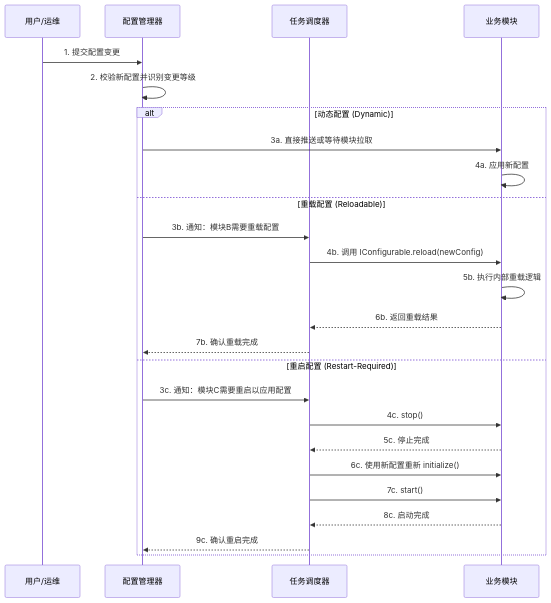
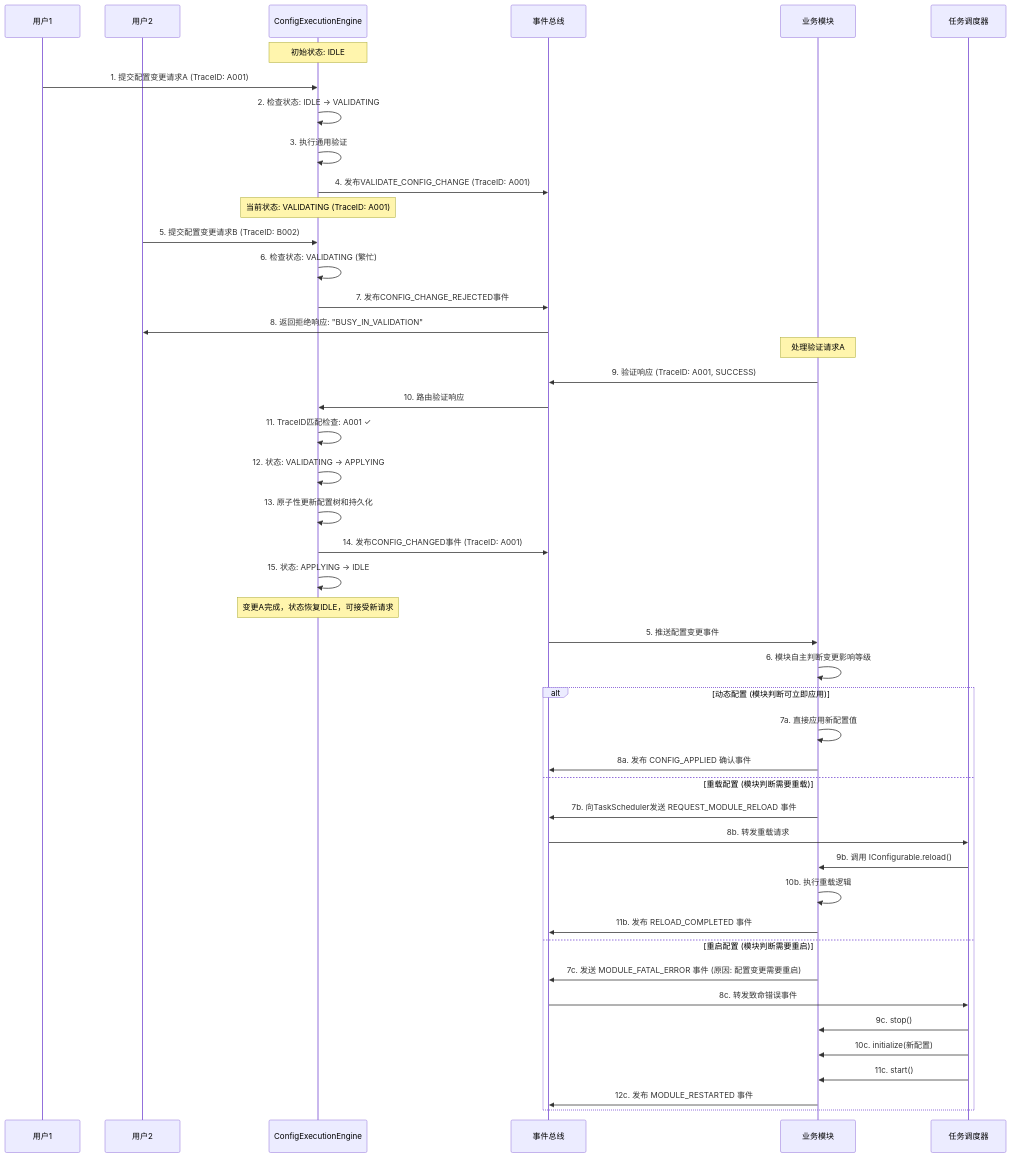
One commit to wendizhou99-cell/Radar changed the tenth of 14 diagrams in docs/01_项目设计/02_模块设计/06_配置管理模块设计.md. Above: the diagram before and after it, drawn with Mermaid. The commit also changed other lines of this file and 22 other files, not shown here.

````diff
--- a/docs/01_项目设计/02_模块设计/06_配置管理模块设计.md
+++ b/docs/01_项目设计/02_模块设计/06_配置管理模块设计.md
@@ -693,31 +1030,57 @@
 ```mermaid
 sequenceDiagram
-    participant User as 用户/运维
-    participant ConfigManager as 配置管理器
+    participant User1 as 用户1
+    participant User2 as 用户2
+    participant ConfigEngine as ConfigExecutionEngine
+    participant EventBus as 事件总线
+    participant BusinessModule as 业务模块
     participant TaskScheduler as 任务调度器
-    participant BusinessModule as 业务模块
 
-    User->>ConfigManager: 1. 提交配置变更
-    ConfigManager->>ConfigManager: 2. 校验新配置并识别变更等级
+    Note over ConfigEngine: 初始状态: IDLE
 
-    alt 动态配置 (Dynamic)
-        ConfigManager->>BusinessModule: 3a. 直接推送或等待模块拉取
-        BusinessModule->>BusinessModule: 4a. 应用新配置
+    User1->>ConfigEngine: 1. 提交配置变更请求A (TraceID: A001)
+    ConfigEngine->>ConfigEngine: 2. 检查状态: IDLE -> VALIDATING
+    ConfigEngine->>ConfigEngine: 3. 执行通用验证
+    ConfigEngine->>EventBus: 4. 发布VALIDATE_CONFIG_CHANGE (TraceID: A001)
 
-    else 重载配置 (Reloadable)
-        ConfigManager->>TaskScheduler: 3b. 通知：模块B需要重载配置
-        TaskScheduler->>BusinessModule: 4b. 调用 IConfigurable.reload(newConfig)
-        BusinessModule->>BusinessModule: 5b. 执行内部重载逻辑
-        BusinessModule-->>TaskScheduler: 6b. 返回重载结果
-        TaskScheduler-->>ConfigManager: 7b. 确认重载完成
+    Note over ConfigEngine: 当前状态: VALIDATING (TraceID: A001)
 
-    else 重启配置 (Restart-Required)
-        ConfigManager->>TaskScheduler: 3c. 通知：模块C需要重启以应用配置
-        TaskScheduler->>BusinessModule: 4c. stop()
-        BusinessModule-->>TaskScheduler: 5c. 停止完成
-        TaskScheduler->>BusinessModule: 6c. 使用新配置重新 initialize()
-        TaskScheduler->>BusinessModule: 7c. start()
-        BusinessModule-->>TaskScheduler: 8c. 启动完成
-        TaskScheduler-->>ConfigManager: 9c. 确认重启完成
+    User2->>ConfigEngine: 5. 提交配置变更请求B (TraceID: B002)
+    ConfigEngine->>ConfigEngine: 6. 检查状态: VALIDATING (繁忙)
+    ConfigEngine->>EventBus: 7. 发布CONFIG_CHANGE_REJECTED事件
+    EventBus->>User2: 8. 返回拒绝响应: "BUSY_IN_VALIDATION"
+
+    Note over BusinessModule: 处理验证请求A
+    BusinessModule->>EventBus: 9. 验证响应 (TraceID: A001, SUCCESS)
+    EventBus->>ConfigEngine: 10. 路由验证响应
+    ConfigEngine->>ConfigEngine: 11. TraceID匹配检查: A001 ✓
+    ConfigEngine->>ConfigEngine: 12. 状态: VALIDATING -> APPLYING
+    ConfigEngine->>ConfigEngine: 13. 原子性更新配置树和持久化
+    ConfigEngine->>EventBus: 14. 发布CONFIG_CHANGED事件 (TraceID: A001)
+    ConfigEngine->>ConfigEngine: 15. 状态: APPLYING -> IDLE
+
+    Note over ConfigEngine: 变更A完成，状态恢复IDLE，可接受新请求
+
+    EventBus->>BusinessModule: 5. 推送配置变更事件
+    BusinessModule->>BusinessModule: 6. 模块自主判断变更影响等级
+
+    alt 动态配置 (模块判断可立即应用)
+        BusinessModule->>BusinessModule: 7a. 直接应用新配置值
+        BusinessModule->>EventBus: 8a. 发布 CONFIG_APPLIED 确认事件
+
+    else 重载配置 (模块判断需要重载)
+        BusinessModule->>EventBus: 7b. 向TaskScheduler发送 REQUEST_MODULE_RELOAD 事件
+        EventBus->>TaskScheduler: 8b. 转发重载请求
+        TaskScheduler->>BusinessModule: 9b. 调用 IConfigurable.reload()
+        BusinessModule->>BusinessModule: 10b. 执行重载逻辑
+        BusinessModule->>EventBus: 11b. 发布 RELOAD_COMPLETED 事件
+
+    else 重启配置 (模块判断需要重启)
+        BusinessModule->>EventBus: 7c. 发送 MODULE_FATAL_ERROR 事件 (原因: 配置变更需要重启)
+        EventBus->>TaskScheduler: 8c. 转发致命错误事件
+        TaskScheduler->>BusinessModule: 9c. stop()
+        TaskScheduler->>BusinessModule: 10c. initialize(新配置)
+        TaskScheduler->>BusinessModule: 11c. start()
+        BusinessModule->>EventBus: 12c. 发布 MODULE_RESTARTED 事件
     end
 ```
````
